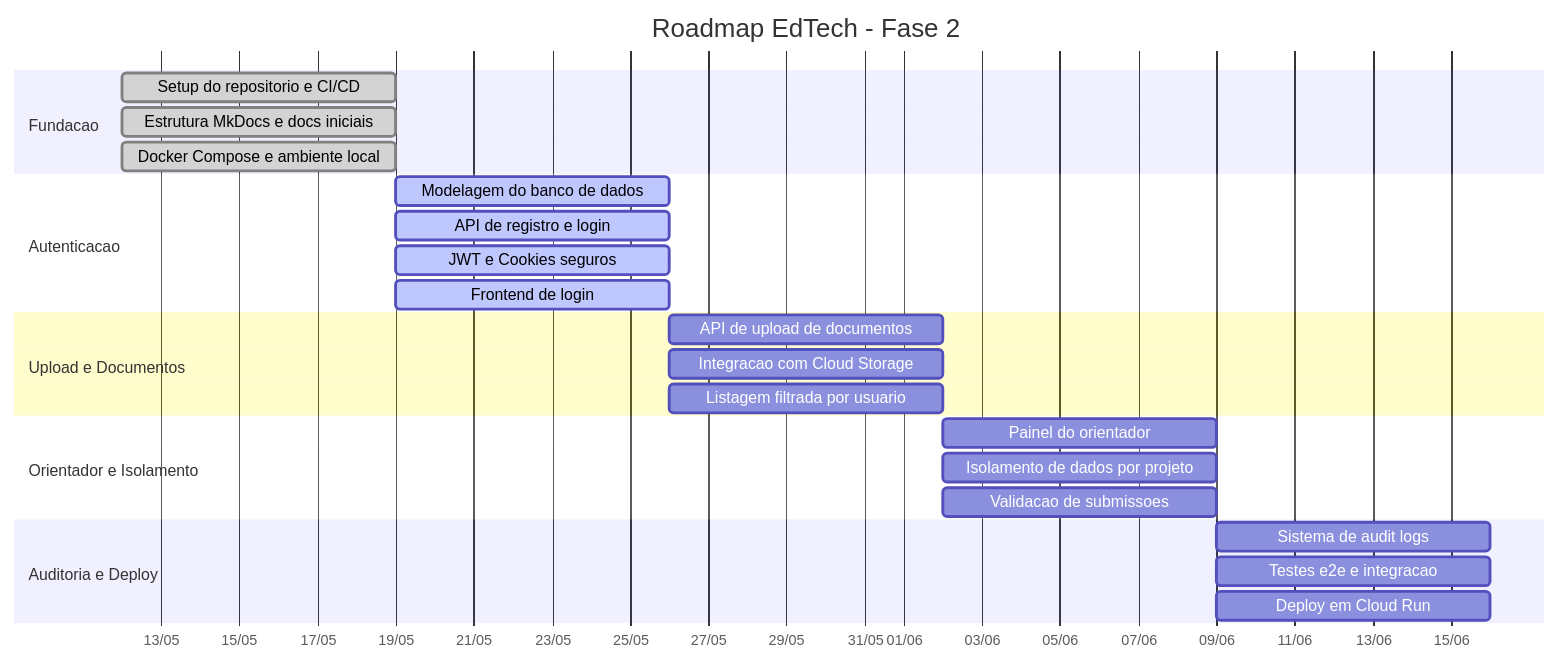
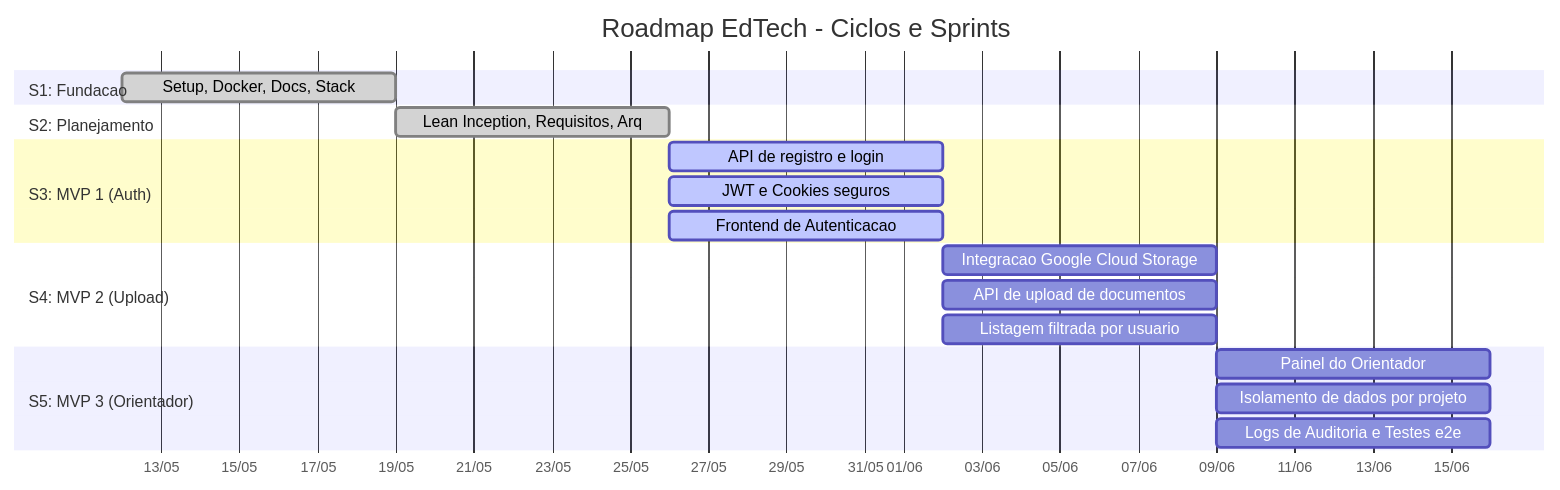
One commit to pedrohpsantos/EdTech changed the first of 3 diagrams in docs/planejamento/cronograma.md. Above: the diagram before and after it, drawn with Mermaid. The commit also changed other lines of this file and 21 other files, not shown here.

Commit message:
feat: establish project documentation structure and add lean inception planning materials

````diff
--- a/docs/planejamento/cronograma.md
+++ b/docs/planejamento/cronograma.md
@@ -9,32 +10,27 @@
 ```mermaid
 gantt
-    title Roadmap EdTech - Fase 2
+    title Roadmap EdTech - Ciclos e Sprints
     dateFormat YYYY-MM-DD
     axisFormat %d/%m
 
-    section Fundacao
-        Setup do repositorio e CI/CD       :done, s1a, 2026-05-12, 7d
-        Estrutura MkDocs e docs iniciais    :done, s1b, 2026-05-12, 7d
-        Docker Compose e ambiente local     :done, s1c, 2026-05-12, 7d
+    section S1: Fundacao
+        Setup, Docker, Docs, Stack          :done, s1, 2026-05-12, 7d
 
-    section Autenticacao
-        Modelagem do banco de dados         :active, s2a, 2026-05-19, 7d
-        API de registro e login             :active, s2b, 2026-05-19, 7d
-        JWT e Cookies seguros               :active, s2c, 2026-05-19, 7d
-        Frontend de login                   :active, s2d, 2026-05-19, 7d
+    section S2: Planejamento
+        Lean Inception, Requisitos, Arq     :done, s2, 2026-05-19, 7d
 
-    section Upload e Documentos
-        API de upload de documentos         :s3a, 2026-05-26, 7d
-        Integracao com Cloud Storage        :s3b, 2026-05-26, 7d
-        Listagem filtrada por usuario       :s3c, 2026-05-26, 7d
+    section S3: MVP 1 (Auth)
+        API de registro e login             :active, s3a, 2026-05-26, 7d
+        JWT e Cookies seguros               :active, s3b, 2026-05-26, 7d
+        Frontend de Autenticacao            :active, s3c, 2026-05-26, 7d
 
-    section Orientador e Isolamento
-        Painel do orientador                :s4a, 2026-06-02, 7d
-        Isolamento de dados por projeto     :s4b, 2026-06-02, 7d
-        Validacao de submissoes             :s4c, 2026-06-02, 7d
+    section S4: MVP 2 (Upload)
+        Integracao Google Cloud Storage     :s4a, 2026-06-02, 7d
+        API de upload de documentos         :s4b, 2026-06-02, 7d
+        Listagem filtrada por usuario       :s4c, 2026-06-02, 7d
 
-    section Auditoria e Deploy
-        Sistema de audit logs               :s5a, 2026-06-09, 7d
-        Testes e2e e integracao             :s5b, 2026-06-09, 7d
-        Deploy em Cloud Run                 :s5c, 2026-06-09, 7d
+    section S5: MVP 3 (Orientador)
+        Painel do Orientador                :s5a, 2026-06-09, 7d
+        Isolamento de dados por projeto     :s5b, 2026-06-09, 7d
+        Logs de Auditoria e Testes e2e      :s5c, 2026-06-09, 7d
 ```
````
